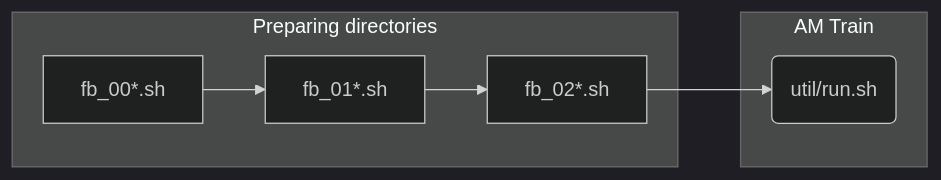
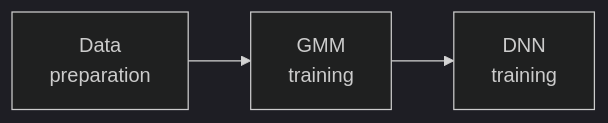
Before and after one commit to falabrasil/kaldi-br: the first of 2 diagrams in README.md, drawn with Mermaid (dark theme). The commit also changed other lines of this file and 34 other files, not shown here.

````diff
--- a/README.md
+++ b/README.md
@@ -17,12 +23,5 @@
 ```mermaid
 graph LR;
-    DataGraph --> TrainGraph
-    subgraph "AM Train"
-    TrainGraph("util/run.sh")
-    end
-    
-    subgraph "Preparing directories"
-    A[fb_00*.sh] --> B[fb_01*.sh]
-    B --> DataGraph[fb_02*.sh]
-    end
+    A[Data<br>preparation] --> B[GMM<br>training];
+    B                      --> C[DNN<br>training];
 ```
````
